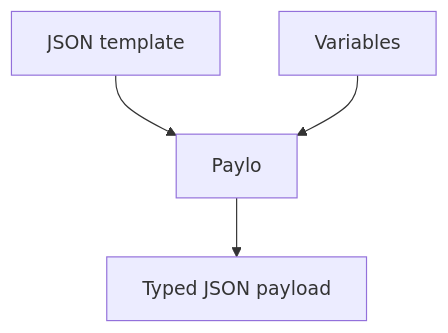
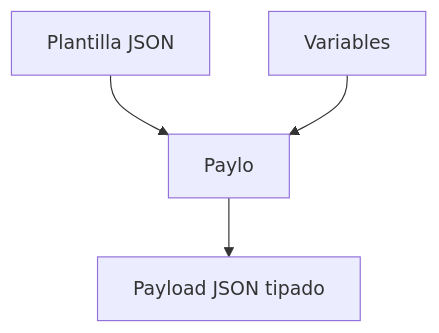
One commit to angel-valdezzz/robotframework-paylo changed the diagram in docs/es/index.md. Above: the diagram before and after it, drawn with Mermaid.

Commit message:
docs: localize the homepage flow diagram

````diff
--- a/docs/es/index.md
+++ b/docs/es/index.md
@@ -39,6 +39,6 @@
 ```mermaid
 flowchart TD
-    T[JSON template] --> R[Paylo]
+    T[Plantilla JSON] --> R[Paylo]
     V[Variables] --> R
-    R --> P[Typed JSON payload]
+    R --> P[Payload JSON tipado]
 ```
````
